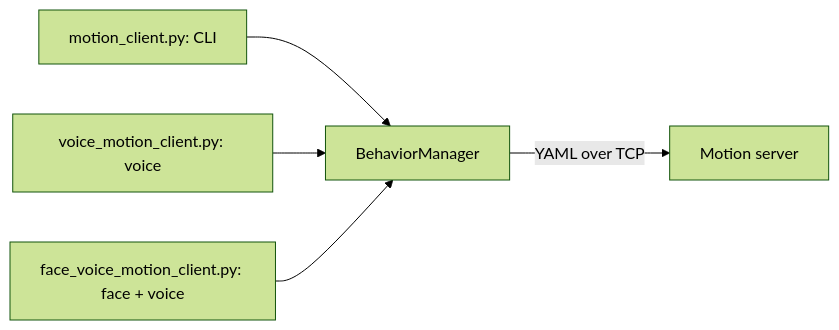
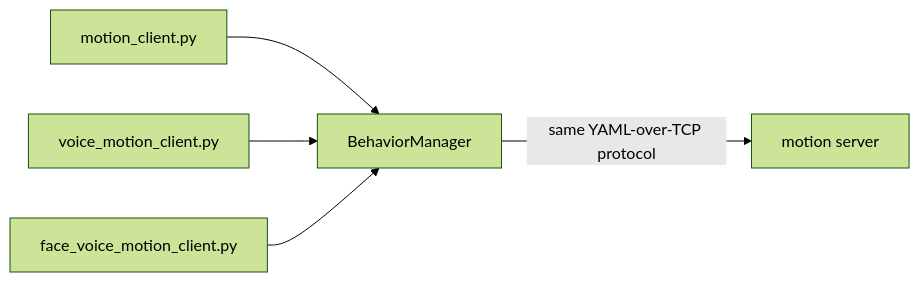
The second of 2 diagrams in Documentation/3_Python_Sockets_Architecture.md (ainacortesbenet/UR5e_social_robotics), drawn with Mermaid (forest theme) before and after one commit. The commit also changed other lines of this file and 10 other files, not shown here.

````diff
--- a/Documentation/3_Python_Sockets_Architecture.md
+++ b/Documentation/3_Python_Sockets_Architecture.md
@@ -324,7 +148,7 @@
 ```mermaid
 flowchart LR
-    A["motion_client.py: CLI"] --> D["BehaviorManager"]
-    B["voice_motion_client.py: voice"] --> D
-    C["face_voice_motion_client.py: face + voice"] --> D
-    D -- "YAML over TCP" --> E["Motion server"]
+    A["motion_client.py"] --> D["BehaviorManager"]
+    B["voice_motion_client.py"] --> D
+    C["face_voice_motion_client.py"] --> D
+    D -- "same YAML-over-TCP protocol" --> E["motion server"]
 ```
````
